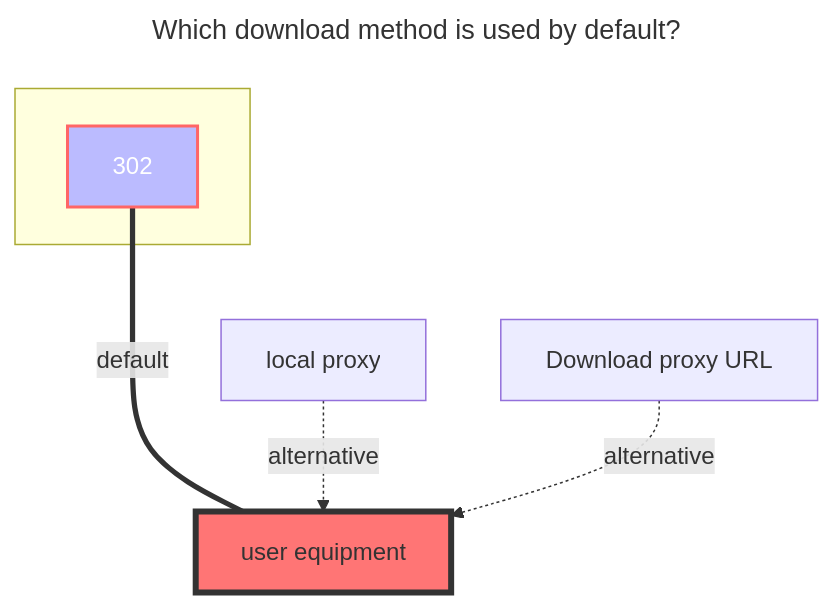
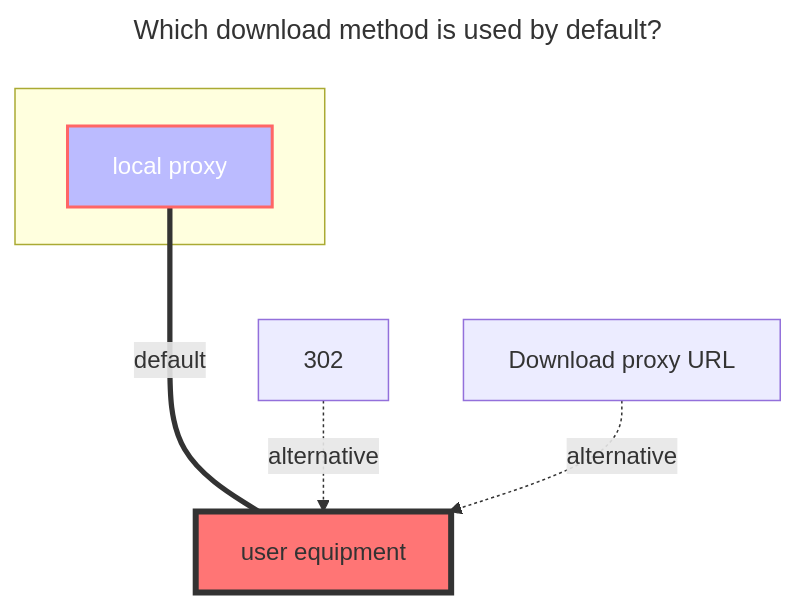
One commit to hotlcc/OpenList-Docs changed the first of 2 diagrams in pages/guide/drivers/123_open.md. Above: the diagram before and after it, drawn with Mermaid. The commit also changed other lines of this file and 2 other files, not shown here.

Commit message:
docs(webdav): add webdav 302 redirect feature (#286)

````diff
--- a/pages/guide/drivers/123_open.md
+++ b/pages/guide/drivers/123_open.md
@@ -235,18 +235,18 @@
 ```mermaid
 ---
 title: Which download method is used by default?
 ---
 flowchart TB
     style a1 fill:#bbf,stroke:#f66,stroke-width:2px,color:#fff
     style a2 fill:#ff7575,stroke:#333,stroke-width:4px
     subgraph ide1 [ ]
     a1
     end
-    a1[302]:::someclass====|default|a2[user equipment]
+    a1[local proxy]:::someclass====|default|a2[user equipment]
     classDef someclass fill:#f96
-    c1[local proxy]-.alternative.->a2[user equipment]
+    c1[302]-.alternative.->a2[user equipment]
     b1[Download proxy URL]-.alternative.->a2[user equipment]
     click a1 "../drivers/common.html#webdav-policy"
     click b1 "../drivers/common.html#webdav-policy"
     click c1 "../drivers/common.html#webdav-policy"
 ```
````
